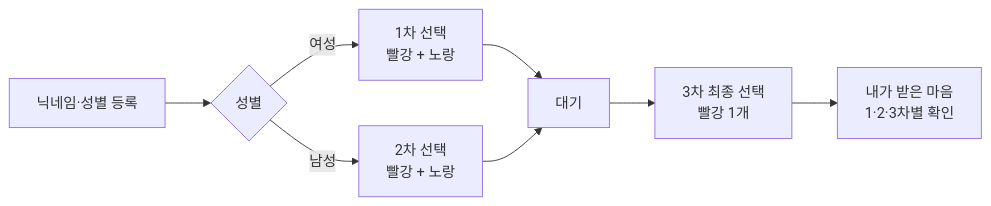
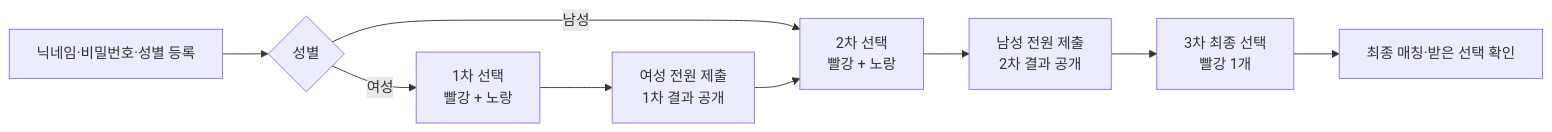
Before and after one commit to younsonx/cnu_some-one_project: the first of 2 diagrams in README.md, drawn with Mermaid. The commit also changed other lines of this file and 15 other files, not shown here.

````diff
--- a/README.md
+++ b/README.md
@@ -25,10 +25,11 @@
 ```mermaid
 flowchart LR
-    A[닉네임·성별 등록] --> B{성별}
+    A[닉네임·비밀번호·성별 등록] --> B{성별}
     B -->|여성| C[1차 선택<br/>빨강 + 노랑]
     B -->|남성| D[2차 선택<br/>빨강 + 노랑]
-    C --> E[대기]
-    D --> E
-    E --> F[3차 최종 선택<br/>빨강 1개]
-    F --> G[내가 받은 마음<br/>1·2·3차별 확인]
+    C --> E[여성 전원 제출<br/>1차 결과 공개]
+    E --> D
+    D --> F[남성 전원 제출<br/>2차 결과 공개]
+    F --> G[3차 최종 선택<br/>빨강 1개]
+    G --> H[최종 매칭·받은 선택 확인]
 ```
````
